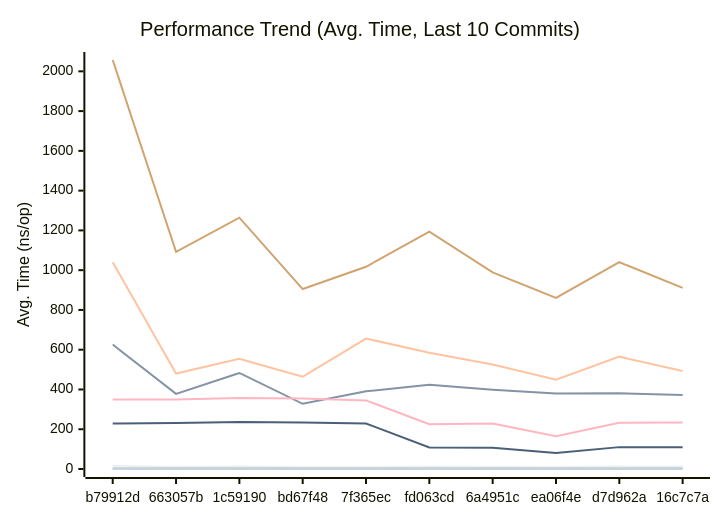
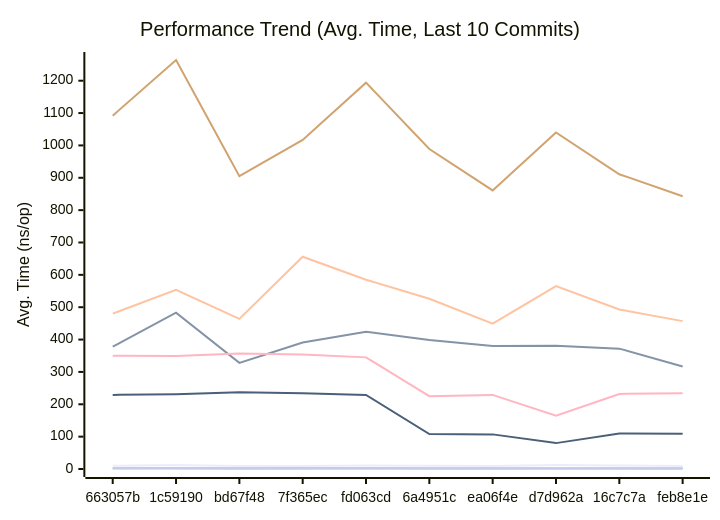
The first of 3 diagrams in docs/PERFORMANCE.md (alsotoes/momo), drawn with Mermaid before and after one commit. The commit also changed other lines of this file and 3 other files, not shown here.

````diff
--- a/docs/PERFORMANCE.md
+++ b/docs/PERFORMANCE.md
@@ -80,16 +80,16 @@
 ```mermaid
 xychart-beta
     title "Performance Trend (Avg. Time, Last 10 Commits)"
     x-axis "Commit"
     y-axis "Avg. Time (ns/op)"
-    x-axis [b79912d,663057b,1c59190,bd67f48,7f365ec,fd063cd,6a4951c,ea06f4e,d7d962a,16c7c7a]
-    line "CheckMetricsAndSwap" [16,10,12,9,9,11,10,9,12,11]
-    line "CrushOptimized" [626,378,483,328,391,424,399,380,381,372]
-    line "CrushOriginal" [1040,480,554,464,656,585,526,449,565,493]
-    line "IndexDirectTracking" [1,1,1,0,0,0,0,0,0,0]
-    line "IndexSearch" [3,2,2,2,2,2,2,2,2,2]
-    line "LoadGlobalConfig" [2057,1092,1264,905,1017,1194,989,861,1040,911]
-    line "PadString" [3,3,3,2,3,3,2,2,2,2]
+    x-axis [663057b,1c59190,bd67f48,7f365ec,fd063cd,6a4951c,ea06f4e,d7d962a,16c7c7a,feb8e1e]
+    line "CheckMetricsAndSwap" [10,12,9,9,11,10,9,12,11,9]
+    line "CrushOptimized" [378,483,328,391,424,399,380,381,372,317]
+    line "CrushOriginal" [480,554,464,656,585,526,449,565,493,457]
+    line "IndexDirectTracking" [1,1,0,0,0,0,0,0,0,0]
+    line "IndexSearch" [2,2,2,2,2,2,2,2,2,2]
+    line "LoadGlobalConfig" [1092,1264,905,1017,1194,989,861,1040,911,843]
+    line "PadString" [3,3,2,3,3,2,2,2,2,2]
     line "ParseReplicationOrder_NoPrealloc" [350,349,357,354,345,225,229,165,232,234]
     line "ParseReplicationOrder_Prealloc" [229,231,237,234,229,108,107,80,110,109]
 ```
````
